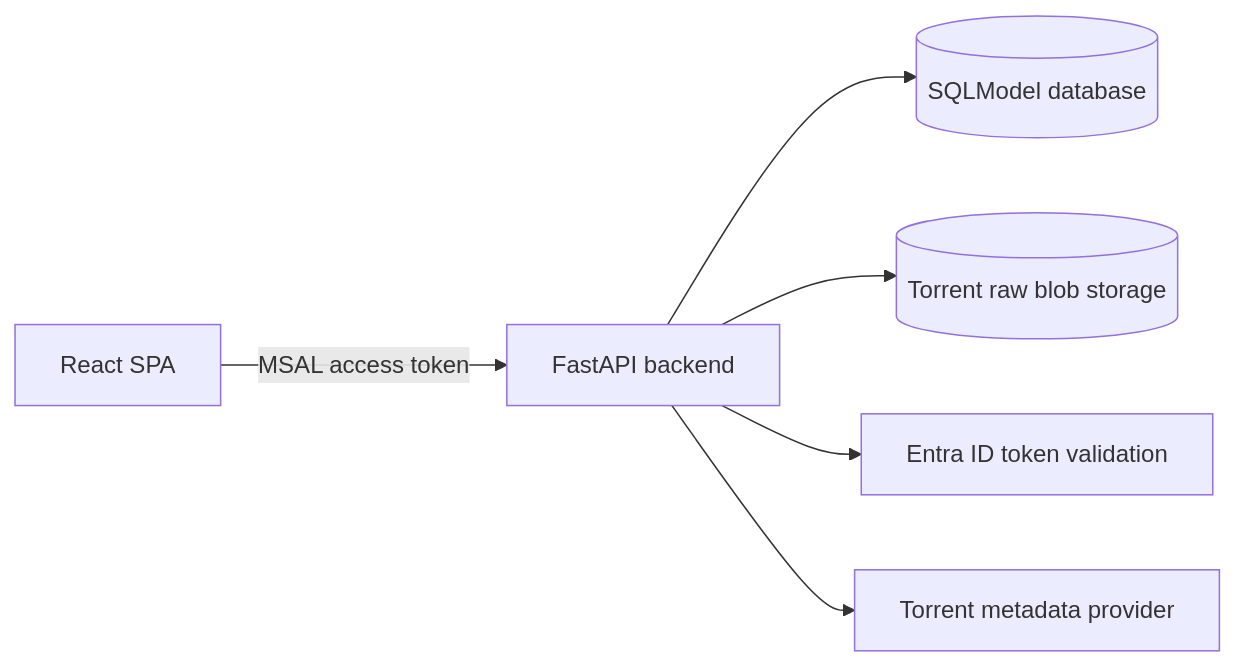
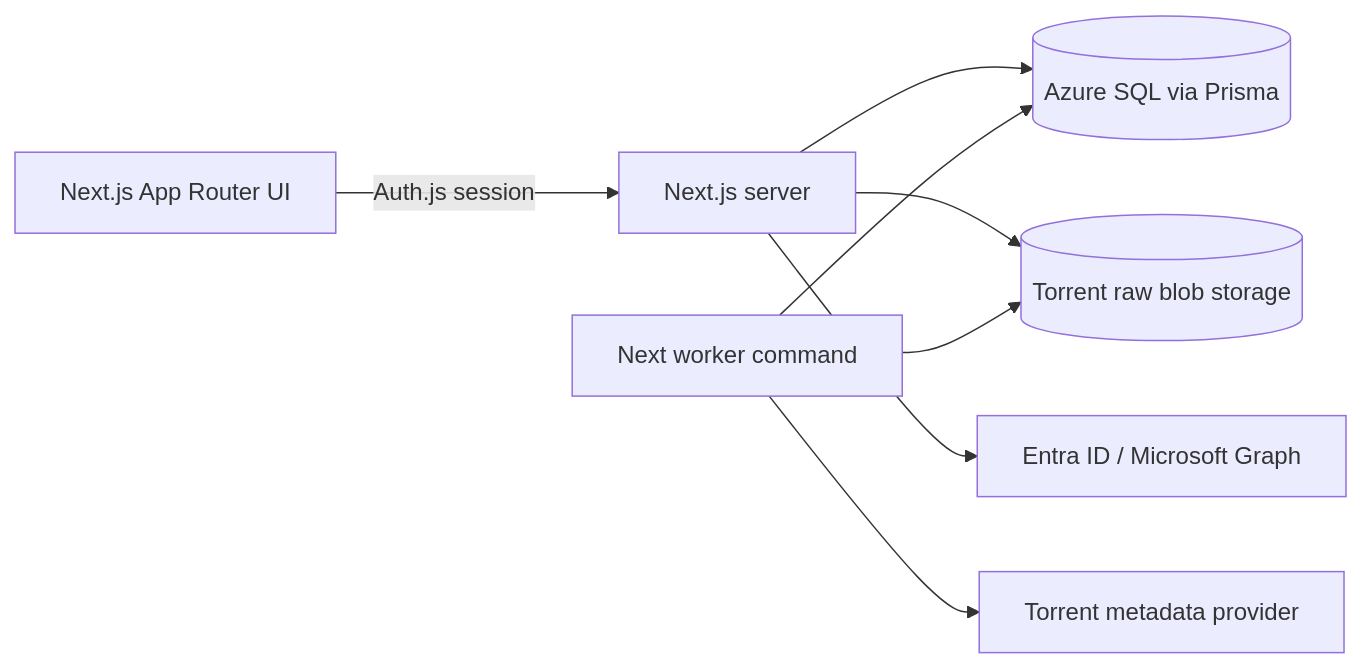
One commit to Co2Link/MyMediaVault changed the diagram in docs/architecture.md. Above: the diagram before and after it, drawn with Mermaid. The commit also changed other lines of this file and 176 other files, not shown here.

````diff
--- a/docs/architecture.md
+++ b/docs/architecture.md
@@ -9,8 +9,10 @@
 ```mermaid
 flowchart LR
-  Browser[React SPA] -->|MSAL access token| API[FastAPI backend]
-  API --> DB[(SQLModel database)]
-  API --> Blob[(Torrent raw blob storage)]
-  API --> Entra[Entra ID token validation]
-  API --> Provider[Torrent metadata provider]
+  Browser[Next.js App Router UI] -->|Auth.js session| Web[Next.js server]
+  Web --> DB[(Azure SQL via Prisma)]
+  Web --> Blob[(Torrent raw blob storage)]
+  Web --> Entra[Entra ID / Microsoft Graph]
+  Worker[Next worker command] --> DB
+  Worker --> Blob
+  Worker --> Provider[Torrent metadata provider]
 ```
````
